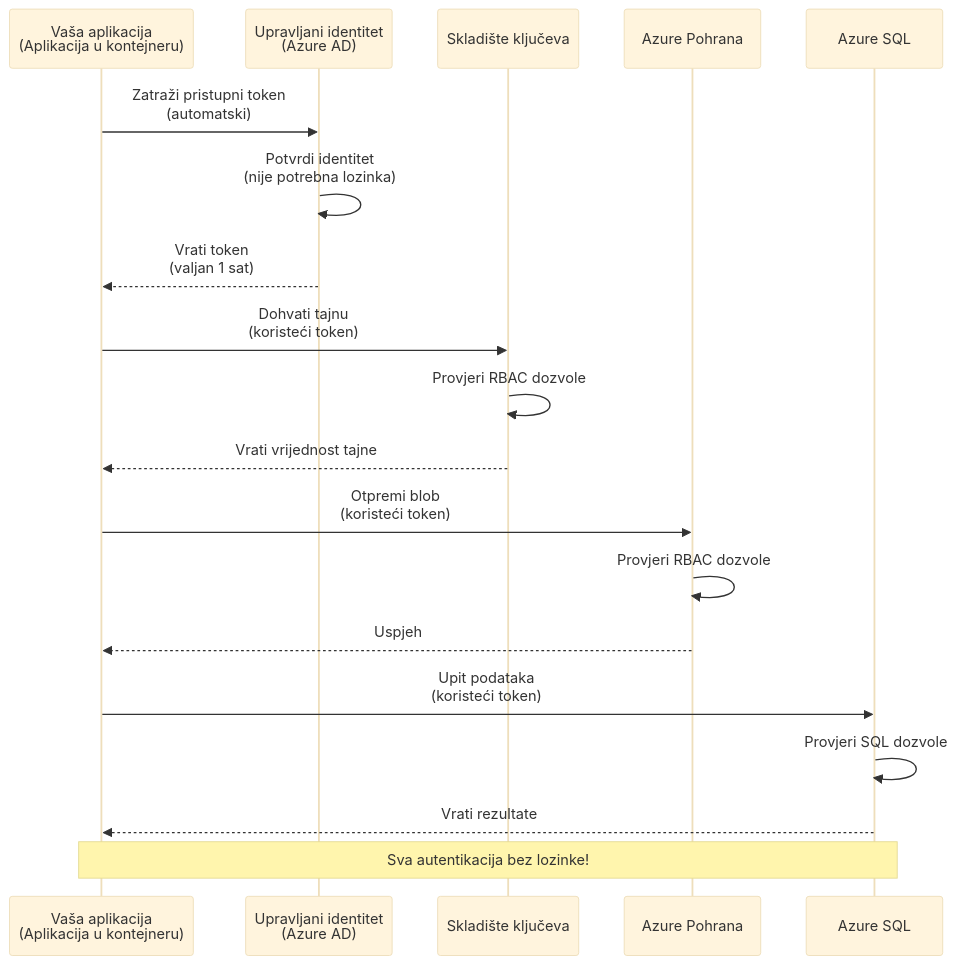
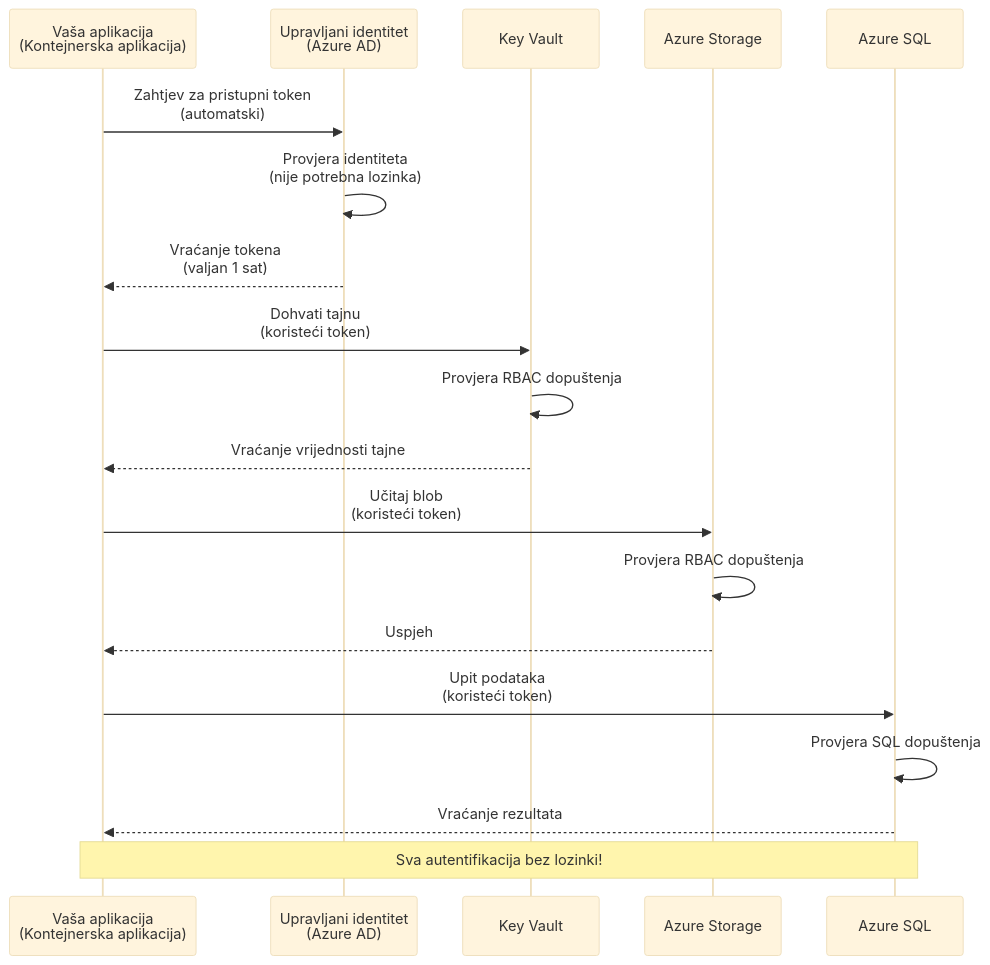
The first of 2 diagrams in translations/hr/docs/chapter-03-configuration/authsecurity.md (microsoft/AZD-for-beginners), drawn with Mermaid (base theme) before and after one commit. The commit also changed other lines of this file and 101 other files, not shown here.

````diff
--- a/translations/hr/docs/chapter-03-configuration/authsecurity.md
+++ b/translations/hr/docs/chapter-03-configuration/authsecurity.md
@@ -69,26 +69,26 @@
 ```mermaid
 sequenceDiagram
-    participant App as Vaša aplikacija<br/>(Aplikacija u kontejneru)
+    participant App as Vaša aplikacija<br/>(Kontejnerska aplikacija)
     participant MI as Upravljani identitet<br/>(Azure AD)
-    participant KV as Skladište ključeva
-    participant Storage as Azure Pohrana
+    participant KV as Key Vault
+    participant Storage as Azure Storage
     participant DB as Azure SQL
     
-    App->>MI: Zatraži pristupni token<br/>(automatski)
-    MI->>MI: Potvrdi identitet<br/>(nije potrebna lozinka)
-    MI-->>App: Vrati token<br/>(valjan 1 sat)
+    App->>MI: Zahtjev za pristupni token<br/>(automatski)
+    MI->>MI: Provjera identiteta<br/>(nije potrebna lozinka)
+    MI-->>App: Vraćanje tokena<br/>(valjan 1 sat)
     
     App->>KV: Dohvati tajnu<br/>(koristeći token)
-    KV->>KV: Provjeri RBAC dozvole
-    KV-->>App: Vrati vrijednost tajne
+    KV->>KV: Provjera RBAC dopuštenja
+    KV-->>App: Vraćanje vrijednosti tajne
     
-    App->>Storage: Otpremi blob<br/>(koristeći token)
-    Storage->>Storage: Provjeri RBAC dozvole
+    App->>Storage: Učitaj blob<br/>(koristeći token)
+    Storage->>Storage: Provjera RBAC dopuštenja
     Storage-->>App: Uspjeh
     
     App->>DB: Upit podataka<br/>(koristeći token)
-    DB->>DB: Provjeri SQL dozvole
-    DB-->>App: Vrati rezultate
+    DB->>DB: Provjera SQL dopuštenja
+    DB-->>App: Vraćanje rezultata
     
-    Note over App,DB: Sva autentikacija bez lozinke!
+    Note over App,DB: Sva autentifikacija bez lozinki!
 ```
````
